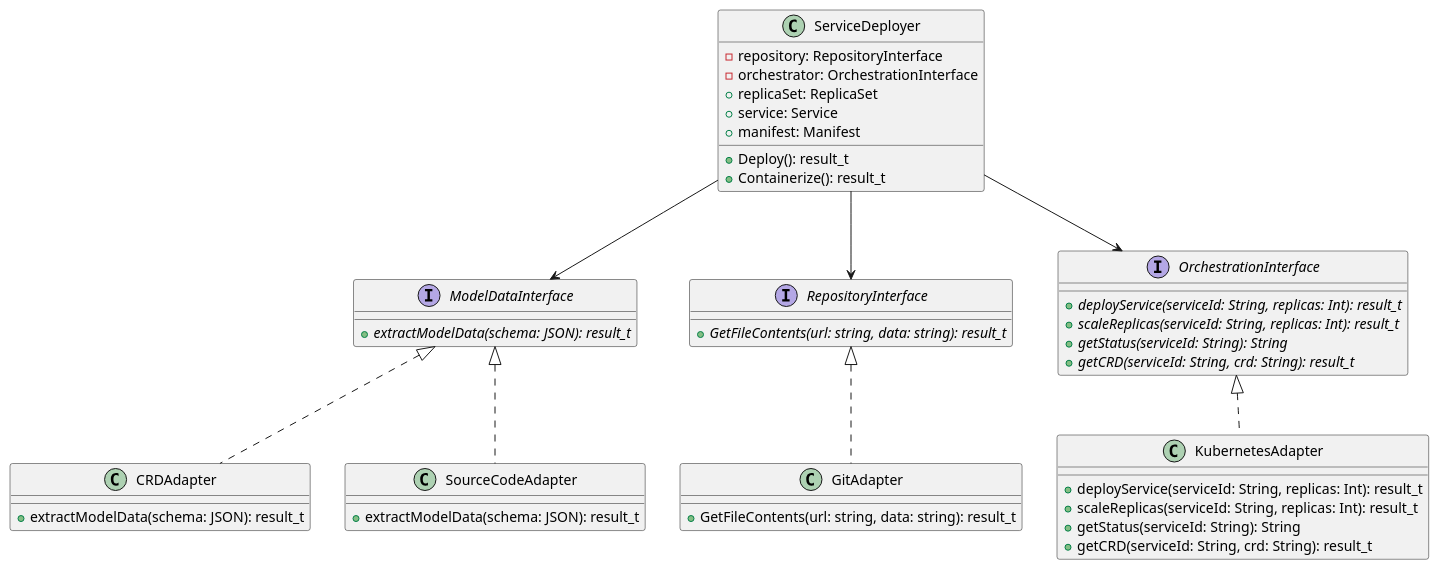
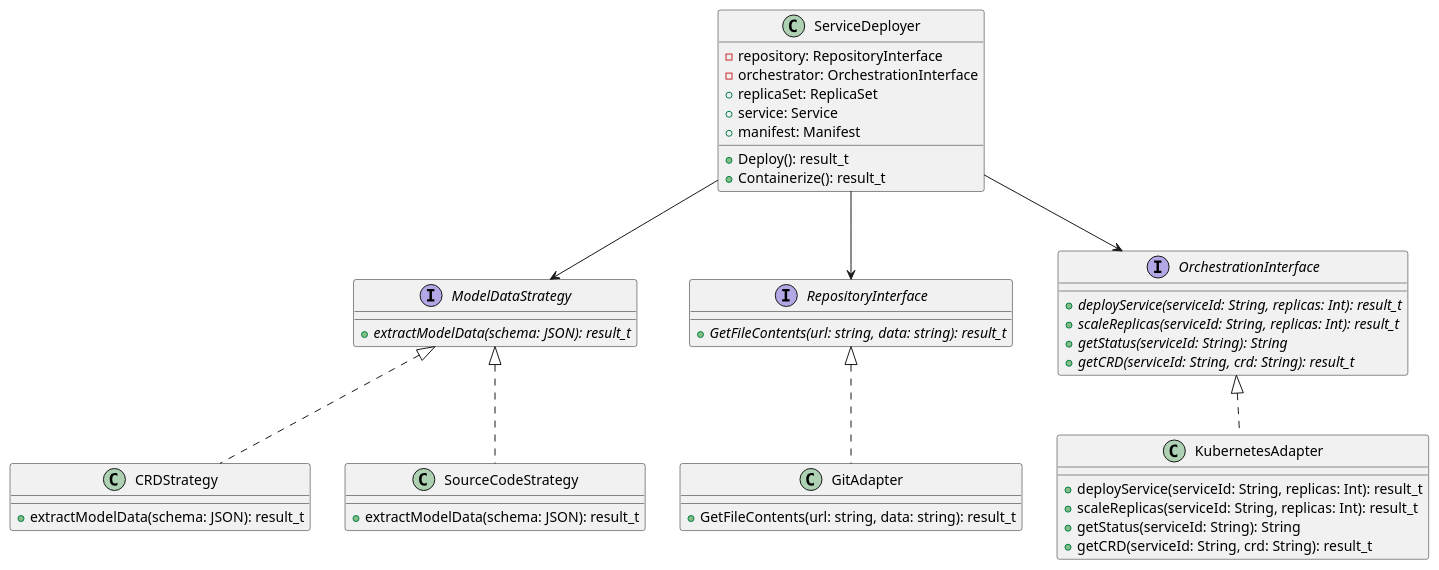
Before and after one commit to fanglores/Advanced-Software-Design: the diagram in PracticeTasks/Module2/Task_12/ServiceDeployer.puml, drawn with PlantUML. The commit also changed 1 other file, not shown here.

```diff
--- a/PracticeTasks/Module2/Task_12/ServiceDeployer.puml
+++ b/PracticeTasks/Module2/Task_12/ServiceDeployer.puml
@@ -1,49 +1,49 @@
 @startuml
-interface ModelDataInterface {
+interface ModelDataStrategy {
   {abstract} +extractModelData(schema: JSON): result_t
 }
 
-class CRDAdapter implements ModelDataInterface {
+class CRDStrategy implements ModelDataStrategy {
   +extractModelData(schema: JSON): result_t
 }
 
-class SourceCodeAdapter implements ModelDataInterface {
+class SourceCodeStrategy implements ModelDataStrategy {
   +extractModelData(schema: JSON): result_t
 }
 
 interface RepositoryInterface {
   {abstract} +GetFileContents(url: string, data: string): result_t
 }
 
 class GitAdapter implements RepositoryInterface {
   +GetFileContents(url: string, data: string): result_t
 }
 
 interface OrchestrationInterface {
   {abstract} +deployService(serviceId: String, replicas: Int): result_t
   {abstract} +scaleReplicas(serviceId: String, replicas: Int): result_t
   {abstract} +getStatus(serviceId: String): String
   {abstract} +getCRD(serviceId: String, crd: String): result_t
 }
 
 class KubernetesAdapter implements OrchestrationInterface {
   +deployService(serviceId: String, replicas: Int): result_t
   +scaleReplicas(serviceId: String, replicas: Int): result_t
   +getStatus(serviceId: String): String
   +getCRD(serviceId: String, crd: String): result_t
 }
 
 class ServiceDeployer {
   -repository: RepositoryInterface
   -orchestrator: OrchestrationInterface
   +replicaSet: ReplicaSet
   +service: Service
   +manifest: Manifest
   +Deploy(): result_t
   +Containerize(): result_t
 }
 
 ServiceDeployer --> RepositoryInterface
-ServiceDeployer --> ModelDataInterface
+ServiceDeployer --> ModelDataStrategy
 ServiceDeployer --> OrchestrationInterface
 @enduml
```
